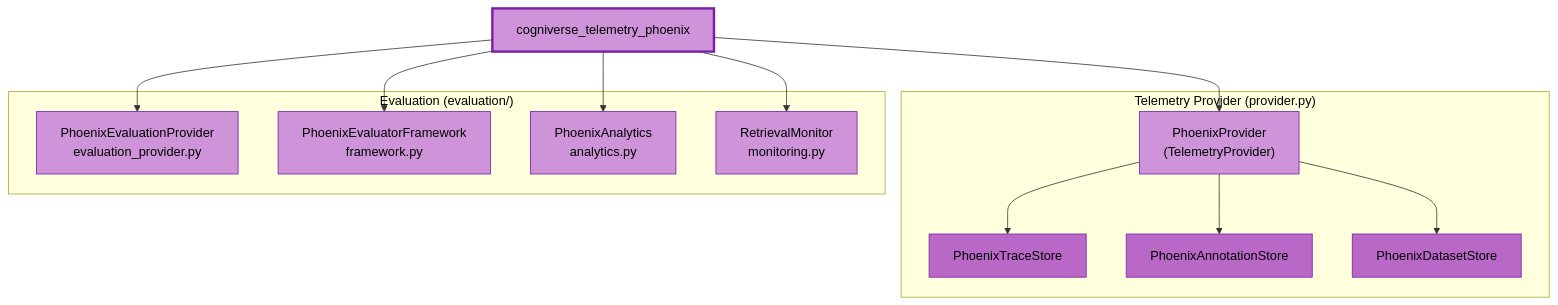
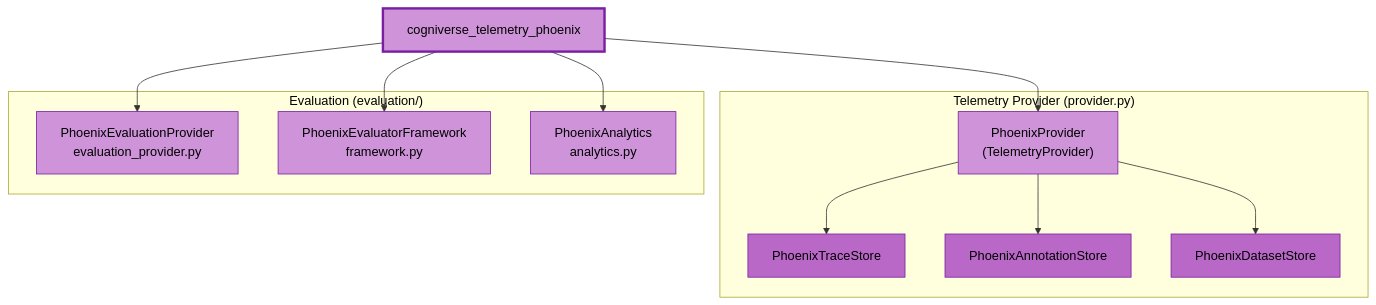
The seventh of 27 diagrams in docs/diagrams/sdk-architecture-diagrams.md (amit-jain/cogniverse), drawn with Mermaid before and after one commit. The commit also changed 8 other files, not shown here.

First line of the commit message:
Emit experiment lifecycle spans and drop the retrieval monitor

````diff
--- a/docs/diagrams/sdk-architecture-diagrams.md
+++ b/docs/diagrams/sdk-architecture-diagrams.md
@@ -393,37 +393,34 @@
 ```mermaid
 flowchart TB
     PhoenixPkg["<span style='color:#000'>cogniverse_telemetry_phoenix</span>"]
 
     subgraph PhoenixProviderSubg["<span style='color:#000'>Telemetry Provider (provider.py)</span>"]
         PhoenixProviderCls["<span style='color:#000'>PhoenixProvider<br/>(TelemetryProvider)</span>"]
         PhoenixTraceStore["<span style='color:#000'>PhoenixTraceStore</span>"]
         PhoenixAnnotationStore["<span style='color:#000'>PhoenixAnnotationStore</span>"]
         PhoenixDatasetStore["<span style='color:#000'>PhoenixDatasetStore</span>"]
     end
 
     subgraph PhoenixEvalSubg["<span style='color:#000'>Evaluation (evaluation/)</span>"]
         PhoenixEvaluationProvider["<span style='color:#000'>PhoenixEvaluationProvider<br/>evaluation_provider.py</span>"]
         PhoenixEvaluatorFramework["<span style='color:#000'>PhoenixEvaluatorFramework<br/>framework.py</span>"]
         PhoenixAnalytics["<span style='color:#000'>PhoenixAnalytics<br/>analytics.py</span>"]
-        RetrievalMonitor["<span style='color:#000'>RetrievalMonitor<br/>monitoring.py</span>"]
     end
 
     PhoenixPkg --> PhoenixProviderCls
     PhoenixProviderCls --> PhoenixTraceStore
     PhoenixProviderCls --> PhoenixAnnotationStore
     PhoenixProviderCls --> PhoenixDatasetStore
     PhoenixPkg --> PhoenixEvaluationProvider
     PhoenixPkg --> PhoenixEvaluatorFramework
     PhoenixPkg --> PhoenixAnalytics
-    PhoenixPkg --> RetrievalMonitor
 
     style PhoenixPkg fill:#ce93d8,stroke:#7b1fa2,stroke-width:3px,color:#000
     style PhoenixProviderCls fill:#ce93d8,stroke:#7b1fa2,color:#000
     style PhoenixTraceStore fill:#ba68c8,stroke:#7b1fa2,color:#000
     style PhoenixAnnotationStore fill:#ba68c8,stroke:#7b1fa2,color:#000
     style PhoenixDatasetStore fill:#ba68c8,stroke:#7b1fa2,color:#000
     style PhoenixEvaluationProvider fill:#ce93d8,stroke:#7b1fa2,color:#000
     style PhoenixEvaluatorFramework fill:#ce93d8,stroke:#7b1fa2,color:#000
     style PhoenixAnalytics fill:#ce93d8,stroke:#7b1fa2,color:#000
-    style RetrievalMonitor fill:#ce93d8,stroke:#7b1fa2,color:#000
 ```
````
